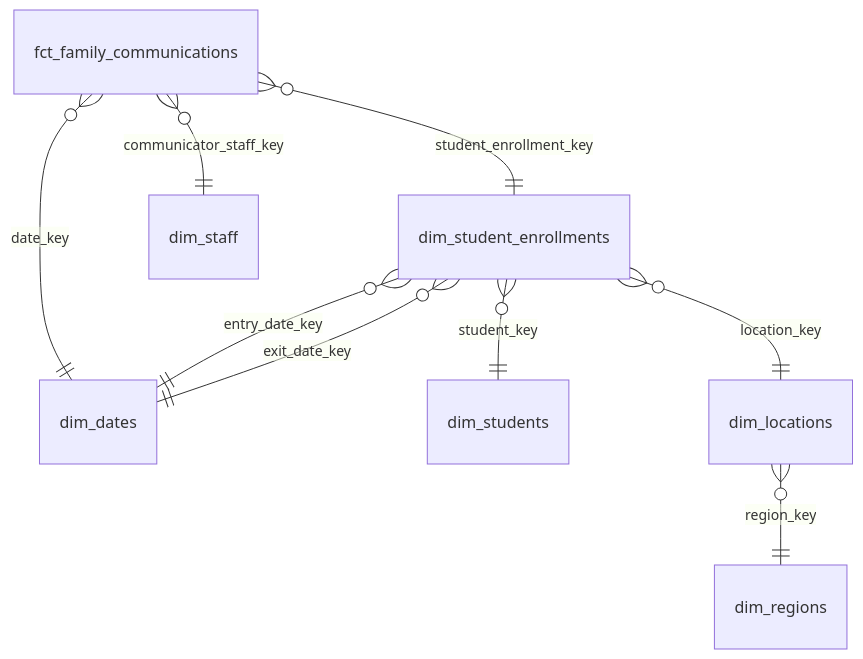
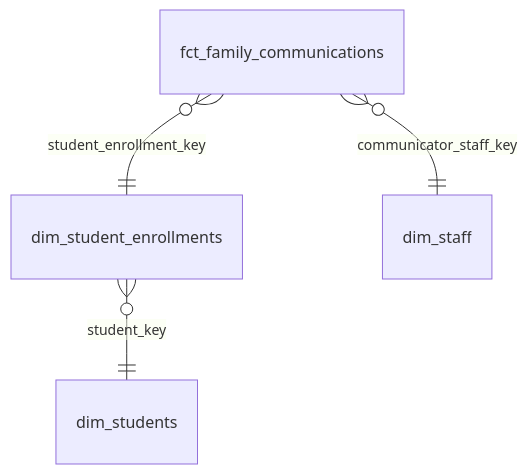
One commit to TEAMSchools/teamster changed the fifth of 24 diagrams in docs/reference/marts-data-models.md. Above: the diagram before and after it, drawn with Mermaid. The commit also changed other lines of this file and 2 other files, not shown here.

First line of the commit message:
docs(marts): omit conformed dimensions from snowflake diagrams

````diff
--- a/docs/reference/marts-data-models.md
+++ b/docs/reference/marts-data-models.md
@@ -127,11 +103,6 @@
 ```mermaid
 erDiagram
   fct_family_communications }o--|| dim_student_enrollments : "student_enrollment_key"
   fct_family_communications }o--|| dim_staff : "communicator_staff_key"
-  fct_family_communications }o--|| dim_dates : "date_key"
   dim_student_enrollments }o--|| dim_students : "student_key"
-  dim_student_enrollments }o--|| dim_locations : "location_key"
-  dim_student_enrollments }o--|| dim_dates : "entry_date_key"
-  dim_student_enrollments }o--|| dim_dates : "exit_date_key"
-  dim_locations }o--|| dim_regions : "region_key"
 ```
````
